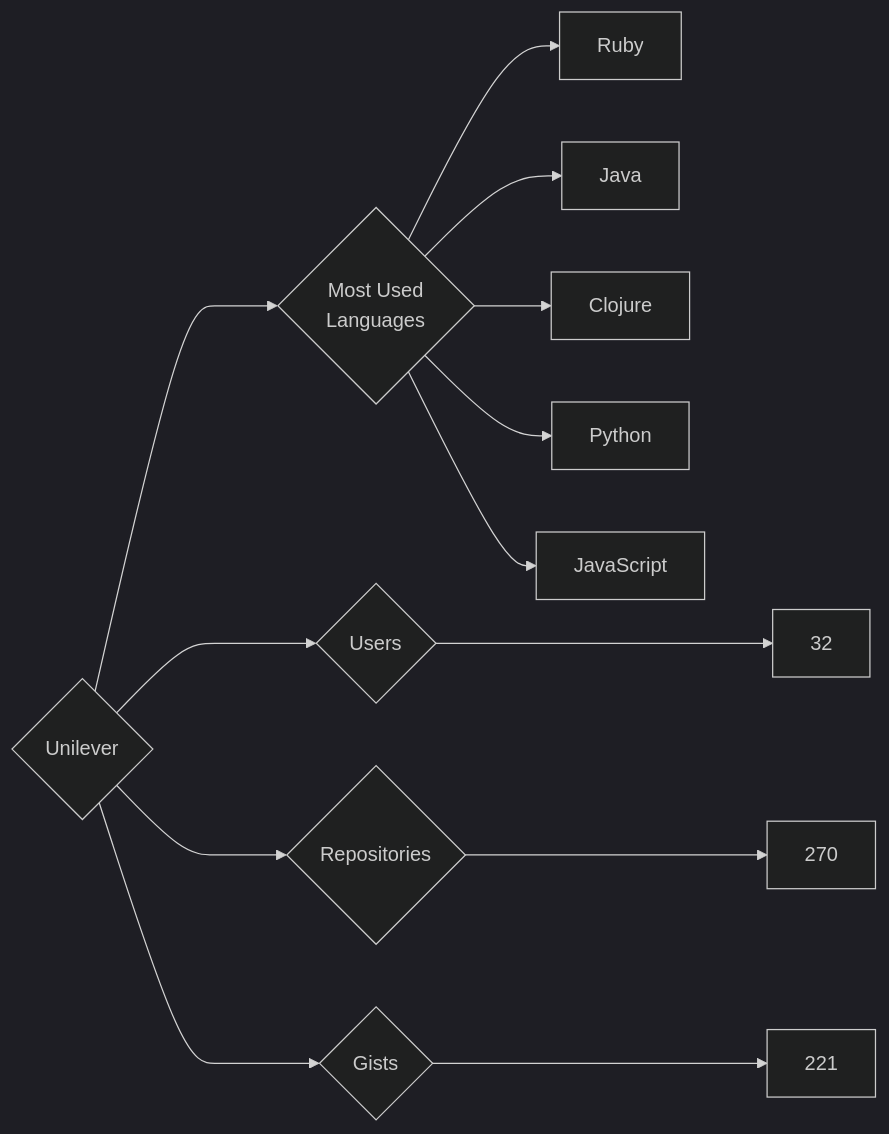
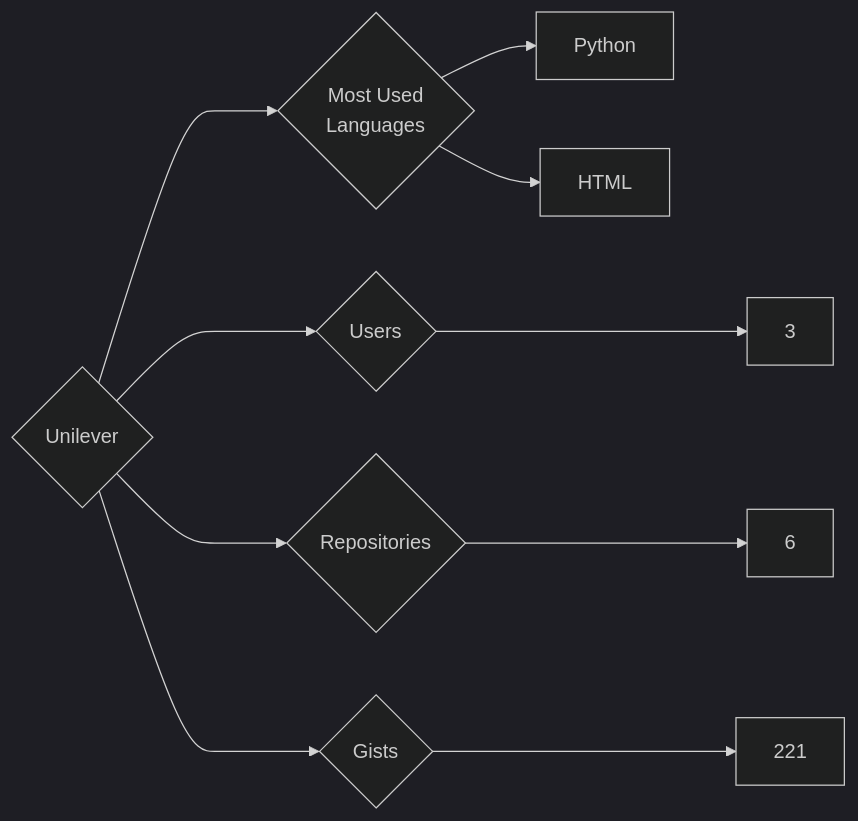
Before and after one commit to trickest/insiders: the diagram in targets/Unilever/README.md, drawn with Mermaid (dark theme). The commit also changed 823 other files, not shown here.

````diff
--- a/targets/Unilever/README.md
+++ b/targets/Unilever/README.md
@@ -3,13 +3,10 @@
 ```mermaid
 graph LR
 COMPANY_NAME{Unilever}
-COMPANY_NAME ---> U{Users} ---> UN[32]
-COMPANY_NAME ---> R{Repositories} ---> RN[270]
+COMPANY_NAME ---> U{Users} ---> UN[3]
+COMPANY_NAME ---> R{Repositories} ---> RN[6]
 COMPANY_NAME ---> G{Gists} ---> GN[221]
 COMPANY_NAME ---> ML{Most Used<br>Languages}
-ML --> Ruby[Ruby]
-ML --> Java[Java]
-ML --> Clojure[Clojure]
 ML --> Python[Python]
-ML --> JavaScript[JavaScript]
+ML --> HTML[HTML]
 ```
````
